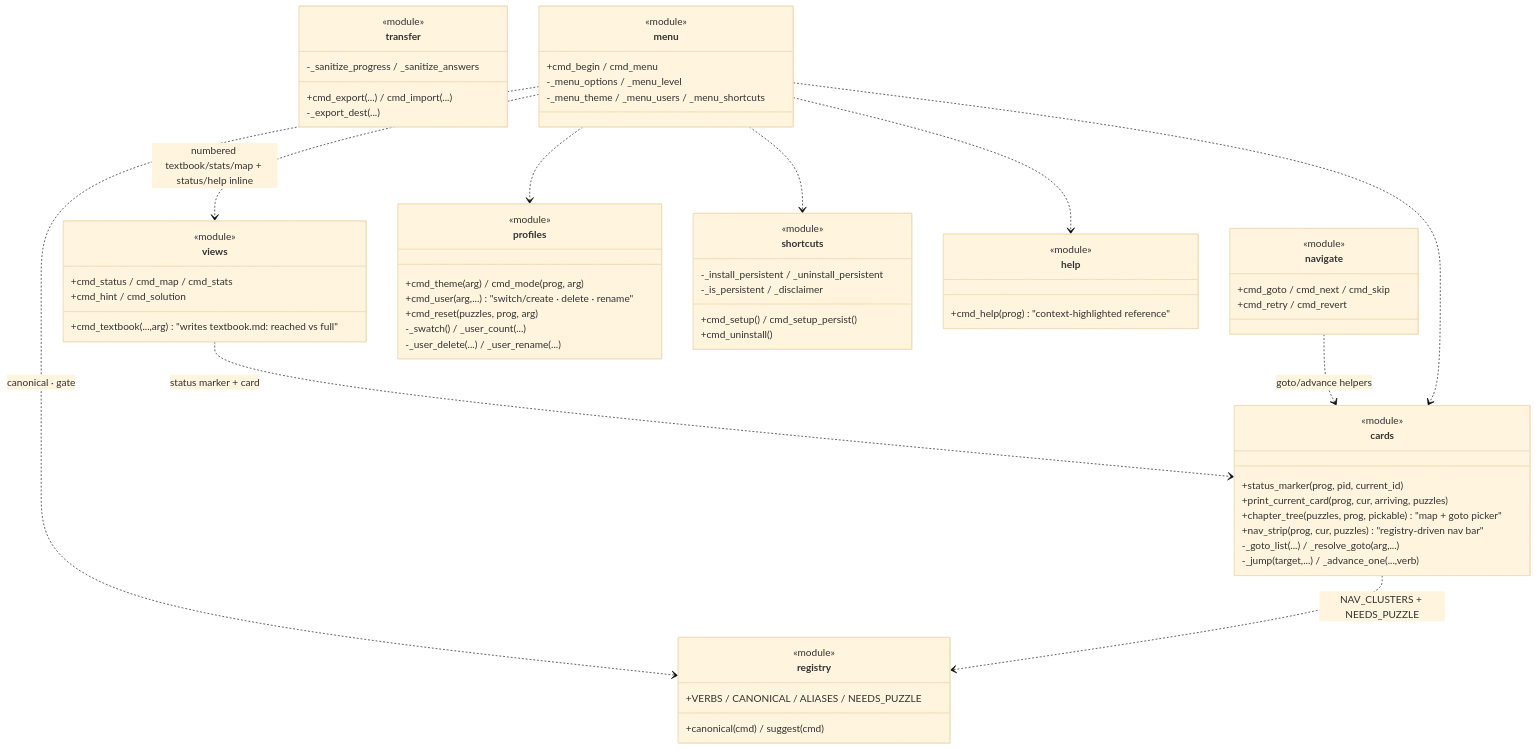
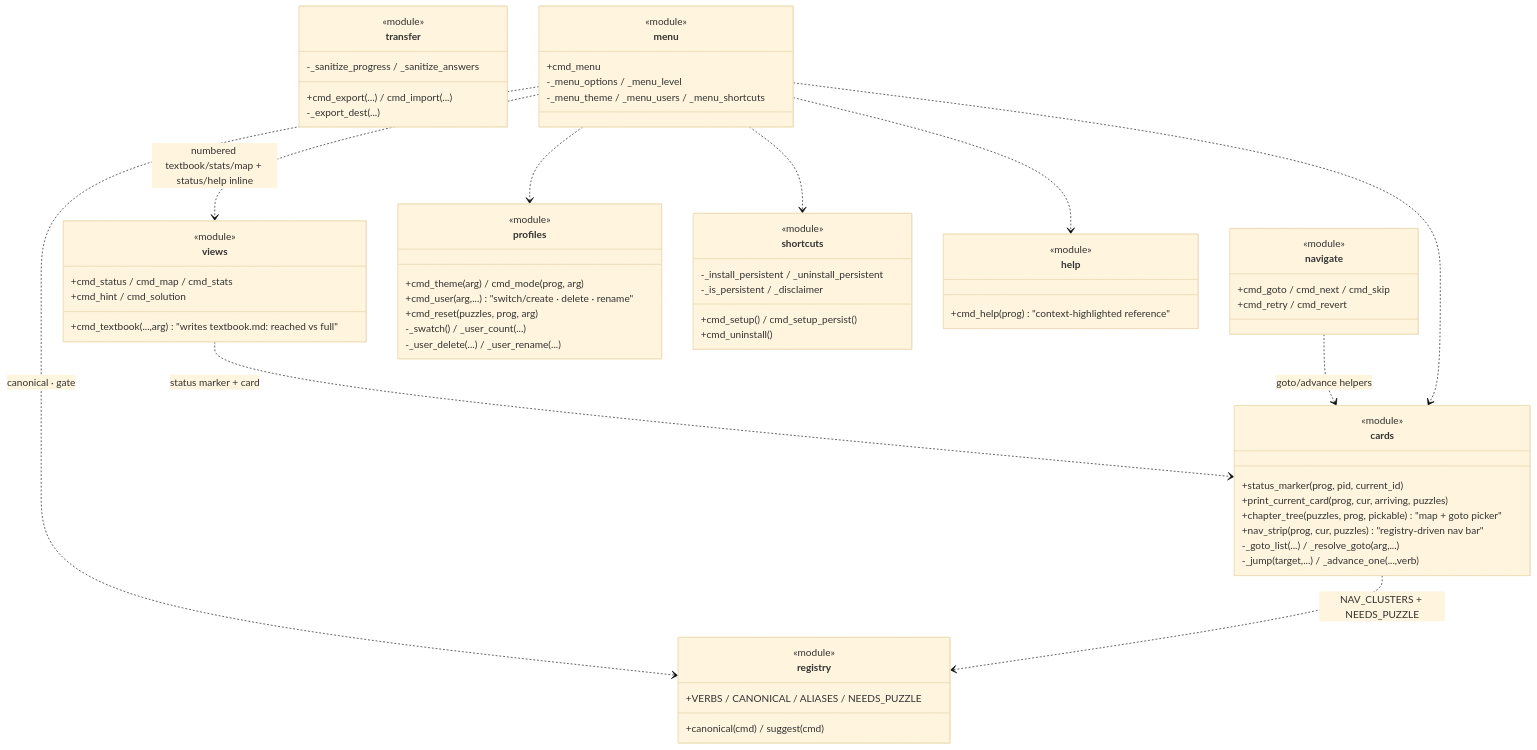
Before and after one commit to N041M/PyQuest: the second of 4 diagrams in docs/architecture/commands.md, drawn with Mermaid (base theme). The commit also changed other lines of this file and 23 other files, not shown here.

Commit message:
Remove begin (use menu); split next (needs solve) from skip (forced advance)

````diff
--- a/docs/architecture/commands.md
+++ b/docs/architecture/commands.md
@@ -51,68 +51,68 @@
 ```mermaid
 classDiagram
     class registry {
         <<module>>
         +VERBS / CANONICAL / ALIASES / NEEDS_PUZZLE
         +canonical(cmd) / suggest(cmd)
     }
     class cards {
         <<module>>
         +status_marker(prog, pid, current_id)
         +print_current_card(prog, cur, arriving, puzzles)
         +chapter_tree(puzzles, prog, pickable)  "map + goto picker"
         +nav_strip(prog, cur, puzzles)  "registry-driven nav bar"
         -_goto_list(...) / _resolve_goto(arg,...)
         -_jump(target,...) / _advance_one(...,verb)
     }
     class views {
         <<module>>
         +cmd_status / cmd_map / cmd_stats
         +cmd_hint / cmd_solution
         +cmd_textbook(...,arg)  "writes textbook.md: reached vs full"
     }
     class navigate {
         <<module>>
         +cmd_goto / cmd_next / cmd_skip
         +cmd_retry / cmd_revert
     }
     class profiles {
         <<module>>
         +cmd_theme(arg) / cmd_mode(prog, arg)
         +cmd_user(arg,...)  "switch/create · delete · rename"
         +cmd_reset(puzzles, prog, arg)
         -_swatch() / _user_count(...)
         -_user_delete(...) / _user_rename(...)
     }
     class transfer {
         <<module>>
         +cmd_export(...) / cmd_import(...)
         -_export_dest(...)
         -_sanitize_progress / _sanitize_answers
     }
     class shortcuts {
         <<module>>
         +cmd_setup() / cmd_setup_persist()
         +cmd_uninstall()
         -_install_persistent / _uninstall_persistent
         -_is_persistent / _disclaimer
     }
     class menu {
         <<module>>
-        +cmd_begin / cmd_menu
+        +cmd_menu
         -_menu_options / _menu_level
         -_menu_theme / _menu_users / _menu_shortcuts
     }
     class help {
         <<module>>
         +cmd_help(prog)  "context-highlighted reference"
     }
     views ..> cards : status marker + card
     navigate ..> cards : goto/advance helpers
     menu ..> cards
     menu ..> profiles
     menu ..> shortcuts
     menu ..> views : numbered textbook/stats/map + status/help inline
     menu ..> help
     menu ..> registry : canonical · gate
     cards ..> registry : NAV_CLUSTERS + NEEDS_PUZZLE
 ```
````
